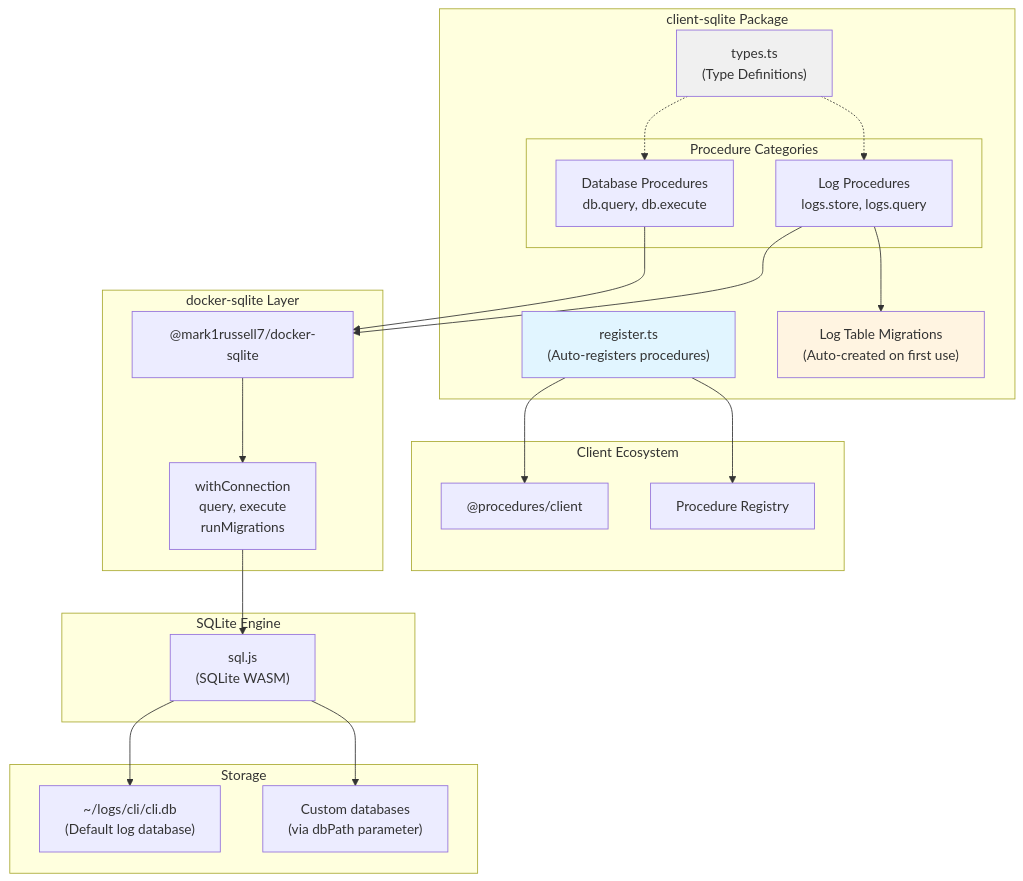
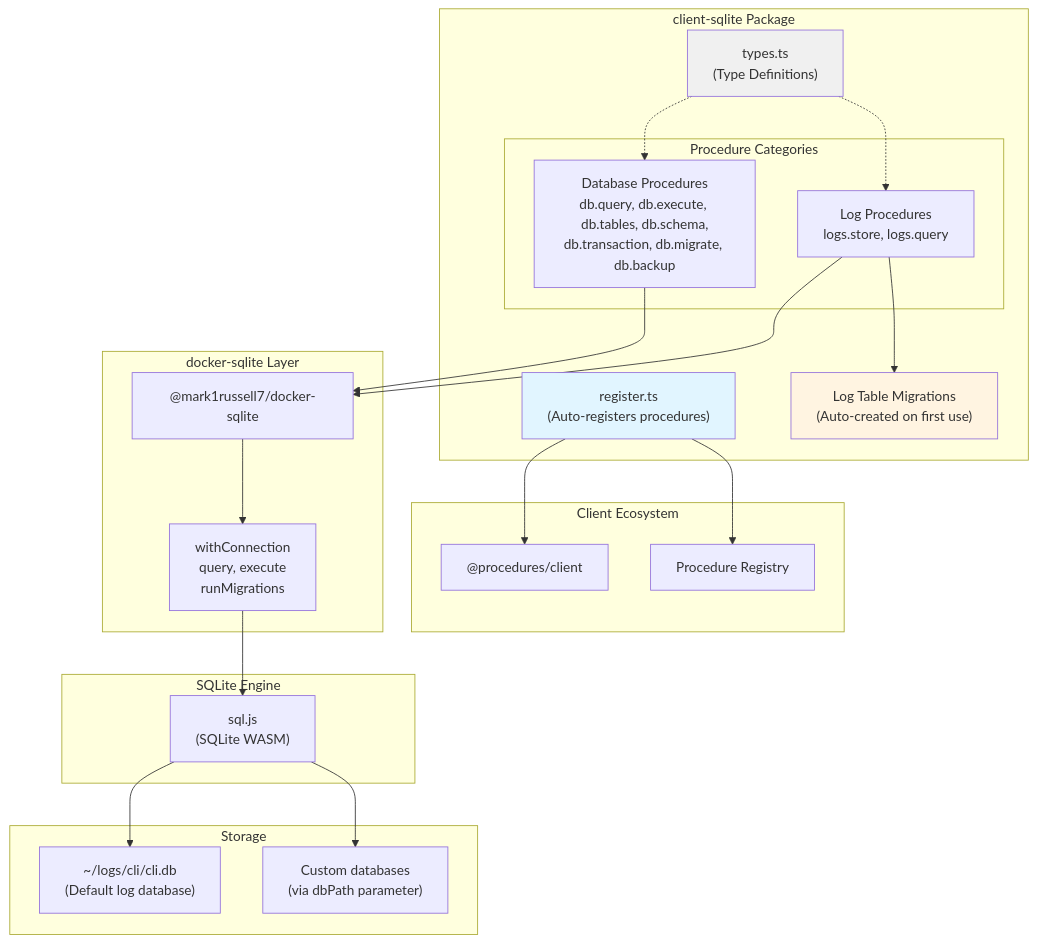
The first of 3 diagrams in packages/client-sqlite/README.md (mark1russell7/client), drawn with Mermaid before and after one commit. The commit also changed other lines of this file and 12 other files, not shown here.

````diff
--- a/packages/client-sqlite/README.md
+++ b/packages/client-sqlite/README.md
@@ -25,53 +25,53 @@
 ```mermaid
 graph TB
     subgraph "Client Ecosystem"
         Client["@procedures/client"]
         Registry["Procedure Registry"]
     end
 
     subgraph "client-sqlite Package"
         Register["register.ts<br/>(Auto-registers procedures)"]
 
         subgraph "Procedure Categories"
-            DB["Database Procedures<br/>db.query, db.execute"]
+            DB["Database Procedures<br/>db.query, db.execute, db.tables, db.schema,<br/>db.transaction, db.migrate, db.backup"]
             Logs["Log Procedures<br/>logs.store, logs.query"]
         end
 
         Migrations["Log Table Migrations<br/>(Auto-created on first use)"]
         Types["types.ts<br/>(Type Definitions)"]
     end
 
     subgraph "docker-sqlite Layer"
         DockerSqlite["@mark1russell7/docker-sqlite"]
         Utilities["withConnection<br/>query, execute<br/>runMigrations"]
     end
 
     subgraph "SQLite Engine"
         SqlJs["sql.js<br/>(SQLite WASM)"]
     end
 
     subgraph "Storage"
         LogDB["~/logs/cli/cli.db<br/>(Default log database)"]
         CustomDB["Custom databases<br/>(via dbPath parameter)"]
     end
 
     Register --> Client
     Register --> Registry
 
     DB --> DockerSqlite
     Logs --> DockerSqlite
     Logs --> Migrations
 
     DockerSqlite --> Utilities
     Utilities --> SqlJs
 
     SqlJs --> LogDB
     SqlJs --> CustomDB
 
     Types -.-> DB
     Types -.-> Logs
 
     style Register fill:#e1f5ff
     style Migrations fill:#fff4e1
     style Types fill:#f0f0f0
 ```
````
